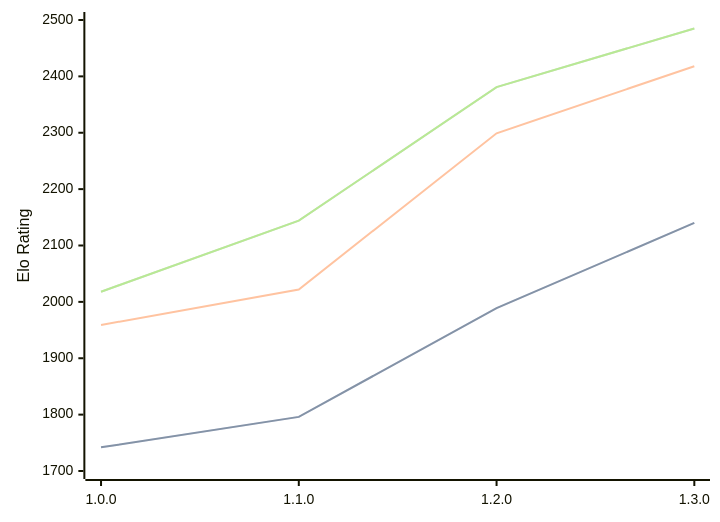
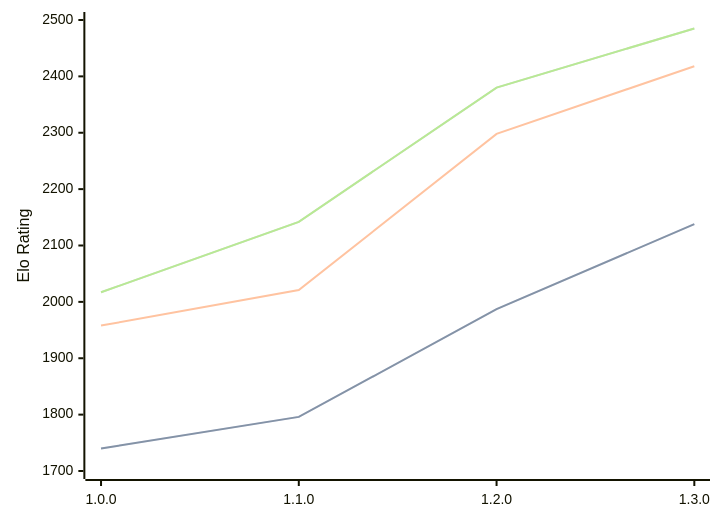
The first of 3 diagrams in engines/Anodos.md (computer-chess-index/cci), drawn with Mermaid before and after one commit. The commit also changed other lines of this file, not shown here.

Commit message:
Update CCI Ratings (ELO VLTC) - 2026-06-26

````diff
--- a/engines/Anodos.md
+++ b/engines/Anodos.md
@@ -45,11 +45,11 @@
 ```mermaid
 %%{init: {"theme":"base","themeVariables":{"seriesColors:['#a3a3a3','#222221','#faa371']}}}%%
 xychart-beta
   x-axis ["1.0.0", "1.1.0", "1.2.0", "1.3.0"]
   y-axis "Elo Rating" 1700 --> 2500
-  line "STC (8.0+0.08s)" [1742, 1796, 1989, 2140]
-  line "STC (8.0+0.08s)" [1742, 1796, 1989, 2140]
-  line "LTC (60.0+0.60s)" [1959, 2022, 2299, 2418]
-  line "VLTC (2m24s+1.12s)" [2018, 2144, 2381, 2485]
-  line "VLTC (2m24s+1.12s)" [2018, 2144, 2381, 2485]
+  line "STC (8.0+0.08s)" [1740, 1796, 1987, 2138]
+  line "STC (8.0+0.08s)" [1740, 1796, 1987, 2138]
+  line "LTC (60.0+0.60s)" [1958, 2021, 2298, 2418]
+  line "VLTC (2m24s+1.12s)" [2017, 2142, 2380, 2485]
+  line "VLTC (2m24s+1.12s)" [2017, 2142, 2380, 2485]
 ```
````
